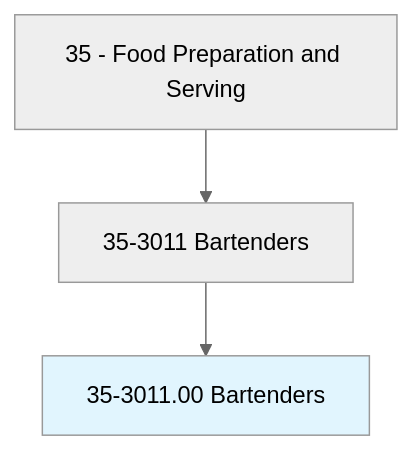
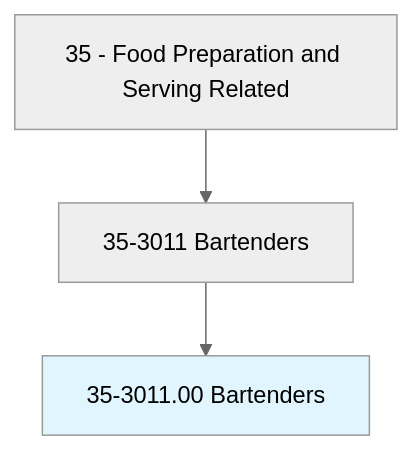
One commit to kziemski/business.org.ai changed the first of 4 diagrams in occupations/FoodService/Bartenders.mdx. Above: the diagram before and after it, drawn with Mermaid (neutral theme). The commit also changed other lines of this file and 938 other files, not shown here.

````diff
--- a/occupations/FoodService/Bartenders.mdx
+++ b/occupations/FoodService/Bartenders.mdx
@@ -19,6 +23,6 @@
 ```mermaid
 graph TD
-    Cat35["35 - Food Preparation and Serving"] --> Group353011["35-3011 Bartenders"]
+    Cat35["35 - Food Preparation and Serving Related"] --> Group353011["35-3011 Bartenders"]
     Group353011 --> Current["35-3011.00 Bartenders"]
     style Current fill:#e1f5fe
 ```
````
